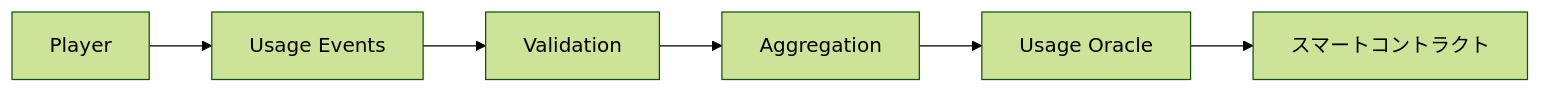
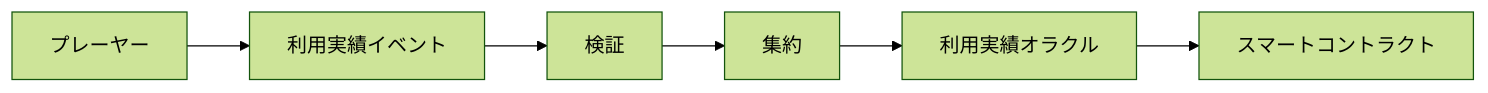
The seventh of 43 diagrams in docs/whitepaper/09-technology.md (ShigeichiroYamasaki/creator-first-platform), drawn with Mermaid (forest theme) before and after one commit. The commit also changed other lines of this file and 72 other files, not shown here.

````diff
--- a/docs/whitepaper/09-technology.md
+++ b/docs/whitepaper/09-technology.md
@@ -300,11 +300,11 @@
 ```mermaid
 flowchart LR
-    PLAYER[Player]
-    EVENTS[Usage Events]
-    VERIFY[Validation]
-    AGG[Aggregation]
-    ORACLE[Usage Oracle]
+    PLAYER[プレーヤー]
+    EVENTS[利用実績イベント]
+    VERIFY[検証]
+    AGG[集約]
+    ORACLE[利用実績オラクル]
     CONTRACT[スマートコントラクト]
 
     PLAYER --> EVENTS --> VERIFY --> AGG --> ORACLE --> CONTRACT
 ```
````
